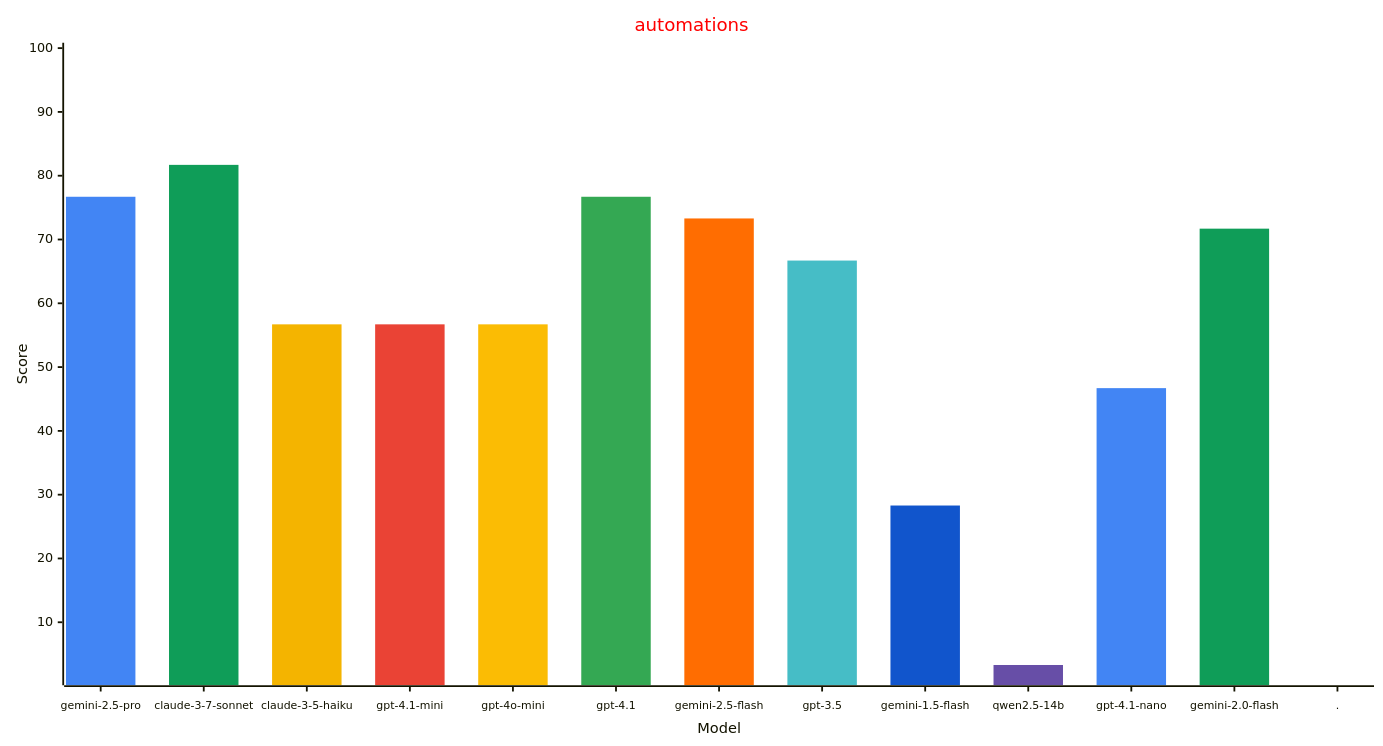
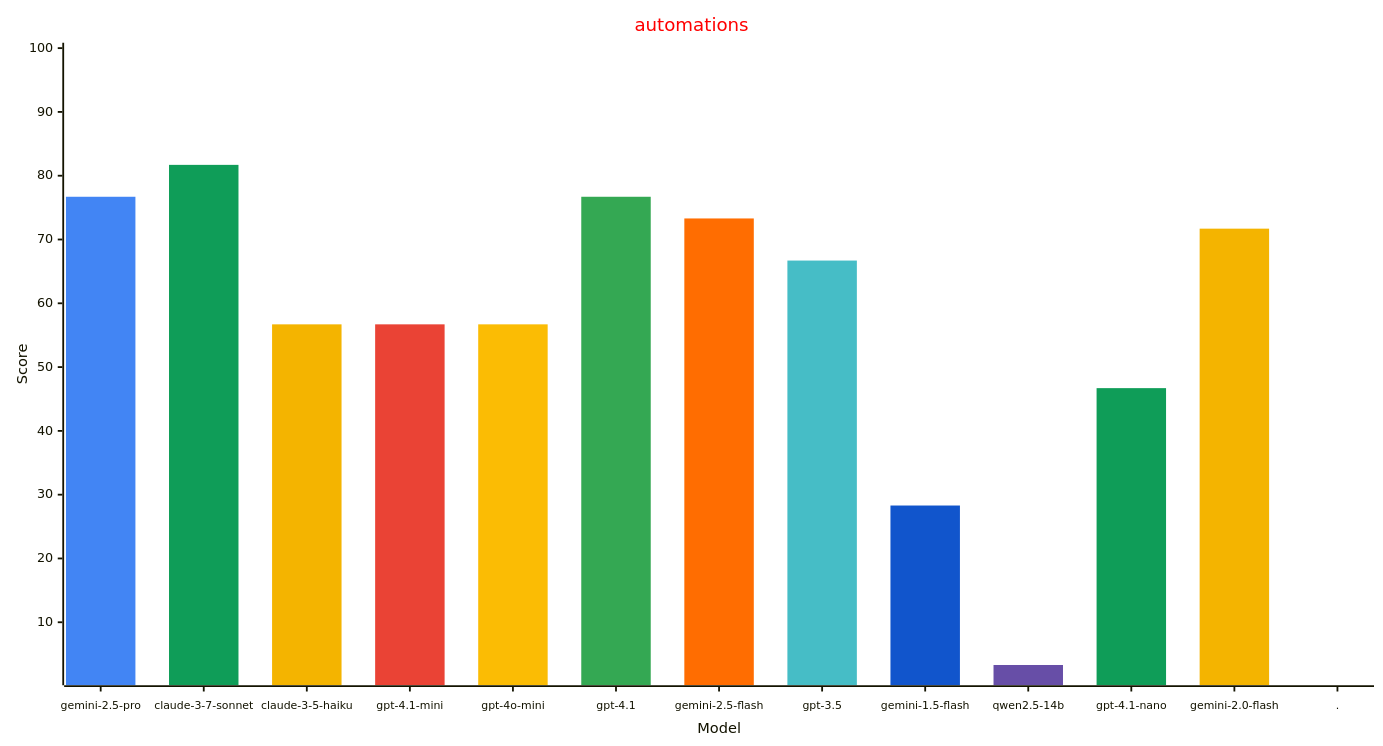
The fourth of 4 diagrams in reports/README.md (allenporter/home-assistant-datasets), drawn with Mermaid before and after one commit. The commit also changed other lines of this file and 1088 other files, not shown here.

````diff
--- a/reports/README.md
+++ b/reports/README.md
@@ -207,33 +208,33 @@
 ```mermaid
 ---
 config:
     xyChart:
         width: 1500
         height: 800
         xAxis:
           labelFontSize: 12
           labelPadding: 8
     themeVariables:
         xyChart:
             titleColor: "#ff0000"
-            plotColorPalette: "#4285f4, #0f9d58, #f4b400, #ea4335, #fbbc04, #34a853, #ff6d01, #46bdc6, #1155cc, #674ea7, #4285f4, #0f9d58, #4285f4"
+            plotColorPalette: "#4285f4, #0f9d58, #f4b400, #ea4335, #fbbc04, #34a853, #ff6d01, #46bdc6, #1155cc, #674ea7, #0f9d58, #f4b400, #4285f4"
 
 ---
 xychart-beta
   title "automations"
   x-axis "Model" [gemini-2.5-pro, claude-3-7-sonnet, claude-3-5-haiku, gpt-4.1-mini, gpt-4o-mini, gpt-4.1, gemini-2.5-flash, gpt-3.5, gemini-1.5-flash, qwen2.5-14b, gpt-4.1-nano, gemini-2.0-flash, .]
   y-axis "Score" 1 --> 100
   bar [76.7, 0.0, 0.0, 0.0, 0.0, 0.0, 0.0, 0.0, 0.0, 0.0, 0.0, 0.0, 0.0]
   bar [0.0, 81.7, 0.0, 0.0, 0.0, 0.0, 0.0, 0.0, 0.0, 0.0, 0.0, 0.0, 0.0]
   bar [0.0, 0.0, 56.7, 0.0, 0.0, 0.0, 0.0, 0.0, 0.0, 0.0, 0.0, 0.0, 0.0]
   bar [0.0, 0.0, 0.0, 56.7, 0.0, 0.0, 0.0, 0.0, 0.0, 0.0, 0.0, 0.0, 0.0]
   bar [0.0, 0.0, 0.0, 0.0, 56.7, 0.0, 0.0, 0.0, 0.0, 0.0, 0.0, 0.0, 0.0]
   bar [0.0, 0.0, 0.0, 0.0, 0.0, 76.7, 0.0, 0.0, 0.0, 0.0, 0.0, 0.0, 0.0]
   bar [0.0, 0.0, 0.0, 0.0, 0.0, 0.0, 73.3, 0.0, 0.0, 0.0, 0.0, 0.0, 0.0]
   bar [0.0, 0.0, 0.0, 0.0, 0.0, 0.0, 0.0, 66.7, 0.0, 0.0, 0.0, 0.0, 0.0]
   bar [0.0, 0.0, 0.0, 0.0, 0.0, 0.0, 0.0, 0.0, 28.3, 0.0, 0.0, 0.0, 0.0]
   bar [0.0, 0.0, 0.0, 0.0, 0.0, 0.0, 0.0, 0.0, 0.0, 3.3, 0.0, 0.0, 0.0]
   bar [0.0, 0.0, 0.0, 0.0, 0.0, 0.0, 0.0, 0.0, 0.0, 0.0, 46.7, 0.0, 0.0]
   bar [0.0, 0.0, 0.0, 0.0, 0.0, 0.0, 0.0, 0.0, 0.0, 0.0, 0.0, 71.7, 0.0]
   bar [0.0, 0.0, 0.0, 0.0, 0.0, 0.0, 0.0, 0.0, 0.0, 0.0, 0.0, 0.0, -1.0]
 ```
````
